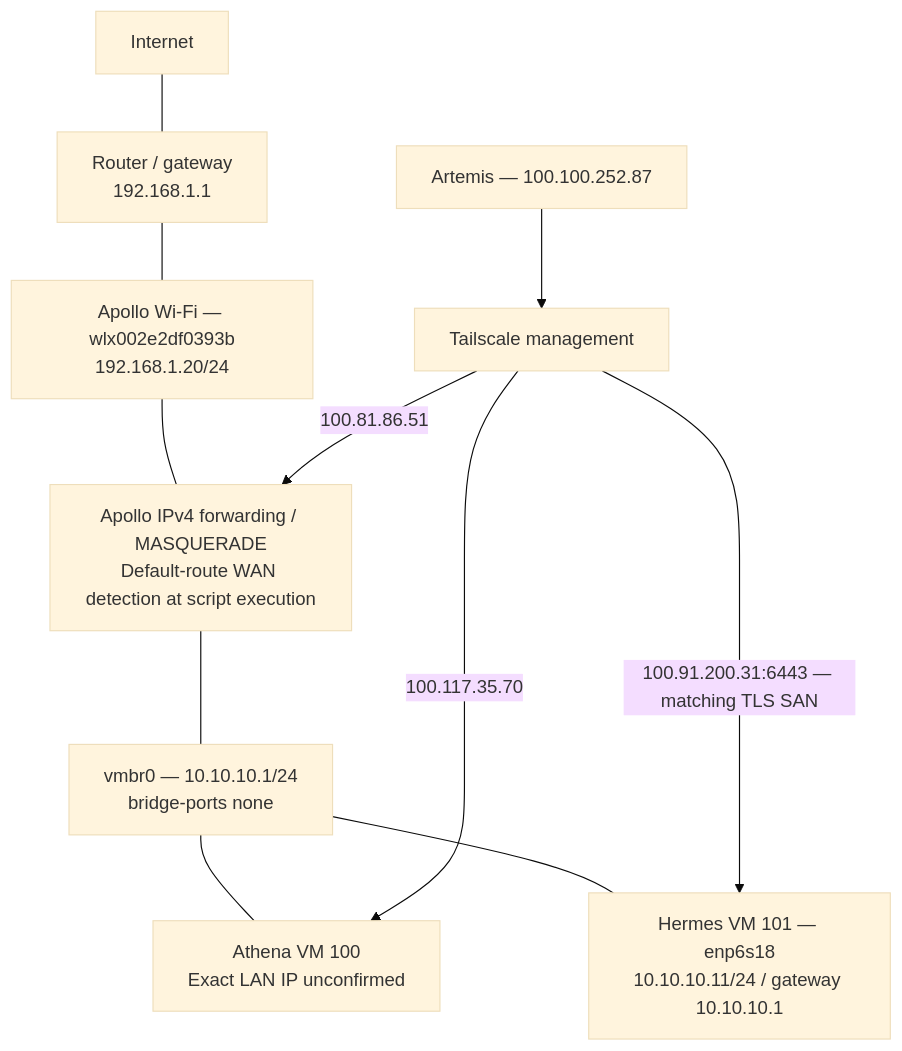
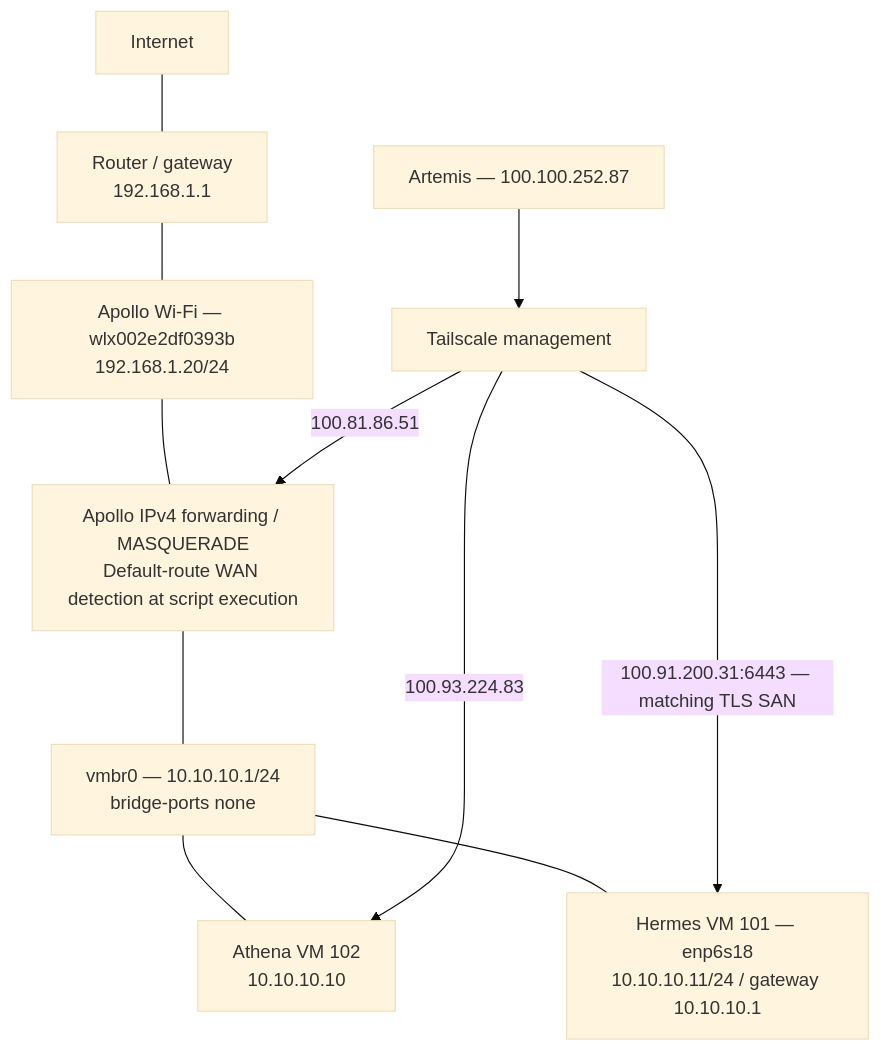
The diagram in docs/networking.md (SwapnajXD/HomeLab), drawn with Mermaid (base theme) before and after one commit. The commit also changed other lines of this file and 28 other files, not shown here.

````diff
--- a/docs/networking.md
+++ b/docs/networking.md
@@ -5,13 +5,13 @@
 ```mermaid
 flowchart TB
     Internet["Internet"] --- Router["Router / gateway<br/>192.168.1.1"]
     Router --- WAN["Apollo Wi-Fi — wlx002e2df0393b<br/>192.168.1.20/24"]
     WAN --- NAT["Apollo IPv4 forwarding / MASQUERADE<br/>Default-route WAN detection at script execution"]
     NAT --- Bridge["vmbr0 — 10.10.10.1/24<br/>bridge-ports none"]
-    Bridge --- Athena["Athena VM 100<br/>Exact LAN IP unconfirmed"]
+    Bridge --- Athena["Athena VM 102<br/>10.10.10.10"]
     Bridge --- Hermes["Hermes VM 101 — enp6s18<br/>10.10.10.11/24 / gateway 10.10.10.1"]
     Artemis["Artemis — 100.100.252.87"] --> Tailnet["Tailscale management"]
     Tailnet -->|100.81.86.51| NAT
-    Tailnet -->|100.117.35.70| Athena
+    Tailnet -->|100.93.224.83| Athena
     Tailnet -->|100.91.200.31:6443 — matching TLS SAN| Hermes
 ```
````
